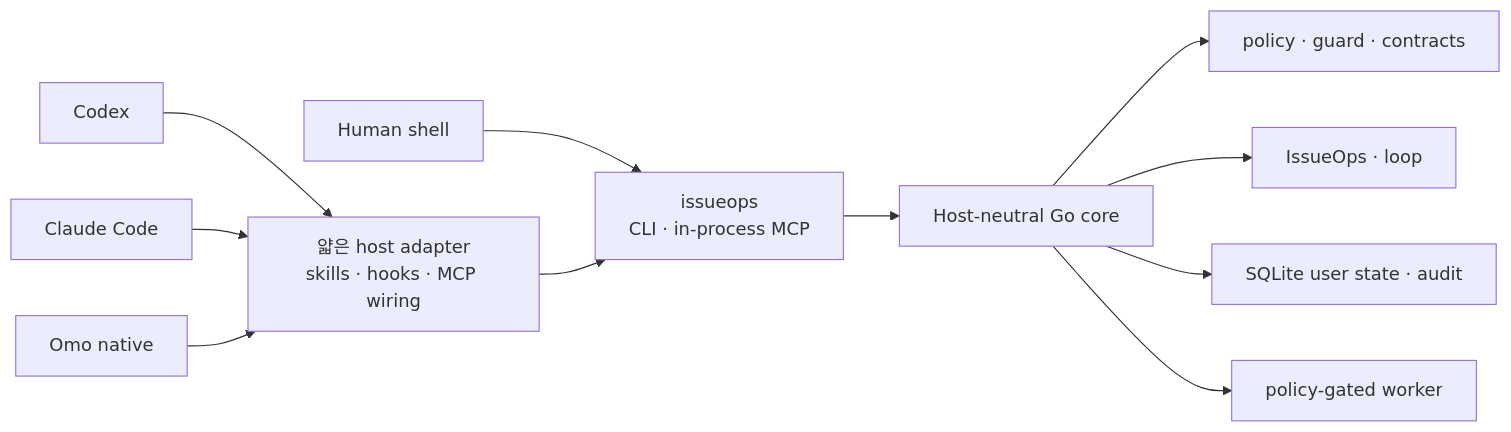
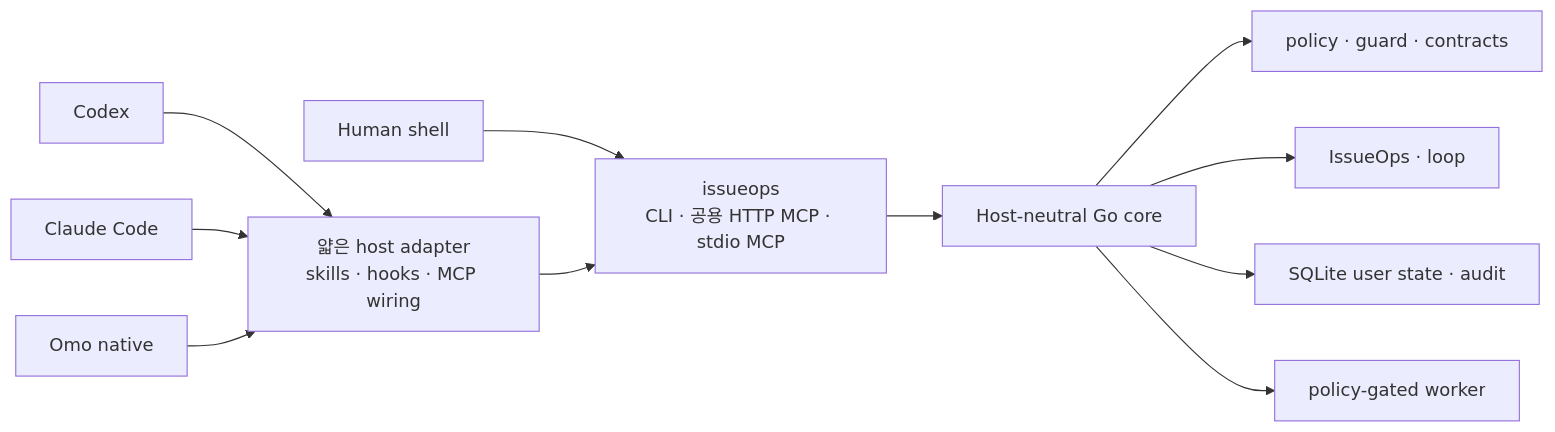
One commit to m16khb-org/issueops changed the diagram in README.md. Above: the diagram before and after it, drawn with Mermaid. The commit also changed other lines of this file and 17 other files, not shown here.

First line of the commit message:
docs(issueops): record shared HTTP MCP decisions and cautions

````diff
--- a/README.md
+++ b/README.md
@@ -186,13 +197,13 @@
 ```mermaid
 flowchart LR
     Codex["Codex"] --> Host["얇은 host adapter<br/>skills · hooks · MCP wiring"]
     Claude["Claude Code"] --> Host
     Omo["Omo native"] --> Host
-    Shell["Human shell"] --> Surface["issueops<br/>CLI · in-process MCP"]
+    Shell["Human shell"] --> Surface["issueops<br/>CLI · 공용 HTTP MCP · stdio MCP"]
     Host --> Surface
     Surface --> Core["Host-neutral Go core"]
     Core --> Policy["policy · guard · contracts"]
     Core --> Flow["IssueOps · loop"]
     Core --> State["SQLite user state · audit"]
     Core --> Worker["policy-gated worker"]
 ```
````
